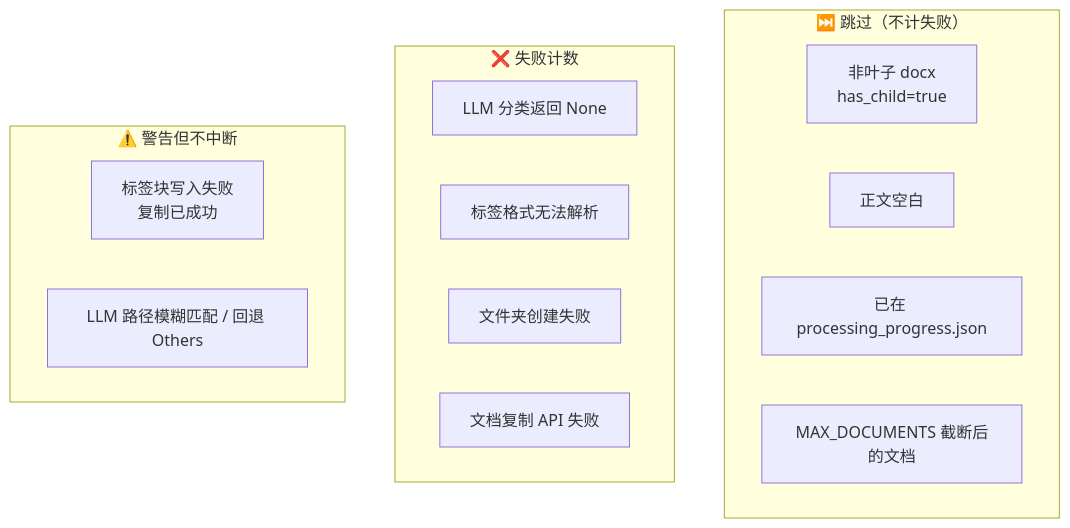
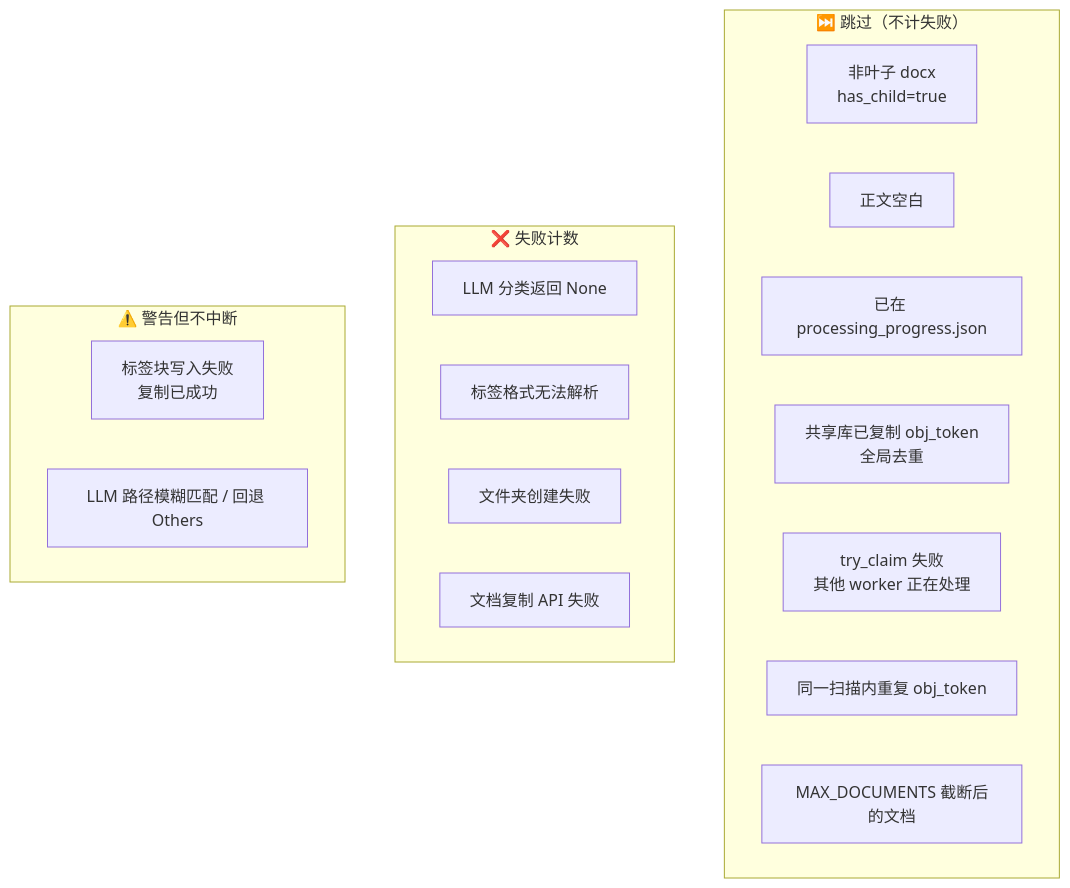
Before and after one commit to Leonard49/AI_DocClassifier: the ninth of 9 diagrams in docs/AI_DocClassifier说明文档.md, drawn with Mermaid. The commit also changed other lines of this file and 1 other file, not shown here.

Commit message:
Update README and docs for multi-worker parallel workflow.

````diff
--- a/docs/AI_DocClassifier说明文档.md
+++ b/docs/AI_DocClassifier说明文档.md
@@ -633,21 +775,24 @@
 ```mermaid
 flowchart TD
     subgraph SKIP["⏭️ 跳过（不计失败）"]
         SK1[非叶子 docx<br/>has_child=true]
         SK2[正文空白]
         SK3[已在 processing_progress.json]
-        SK4[MAX_DOCUMENTS 截断后的文档]
+        SK4[共享库已复制 obj_token<br/>全局去重]
+        SK5[try_claim 失败<br/>其他 worker 正在处理]
+        SK6[同一扫描内重复 obj_token]
+        SK7[MAX_DOCUMENTS 截断后的文档]
     end
 
     subgraph FAIL["❌ 失败计数"]
         F1[LLM 分类返回 None]
         F2[标签格式无法解析]
         F3[文件夹创建失败]
         F4[文档复制 API 失败]
     end
 
     subgraph WARN["⚠️ 警告但不中断"]
         W1[标签块写入失败<br/>复制已成功]
         W2[LLM 路径模糊匹配 / 回退 Others]
     end
 ```
````
